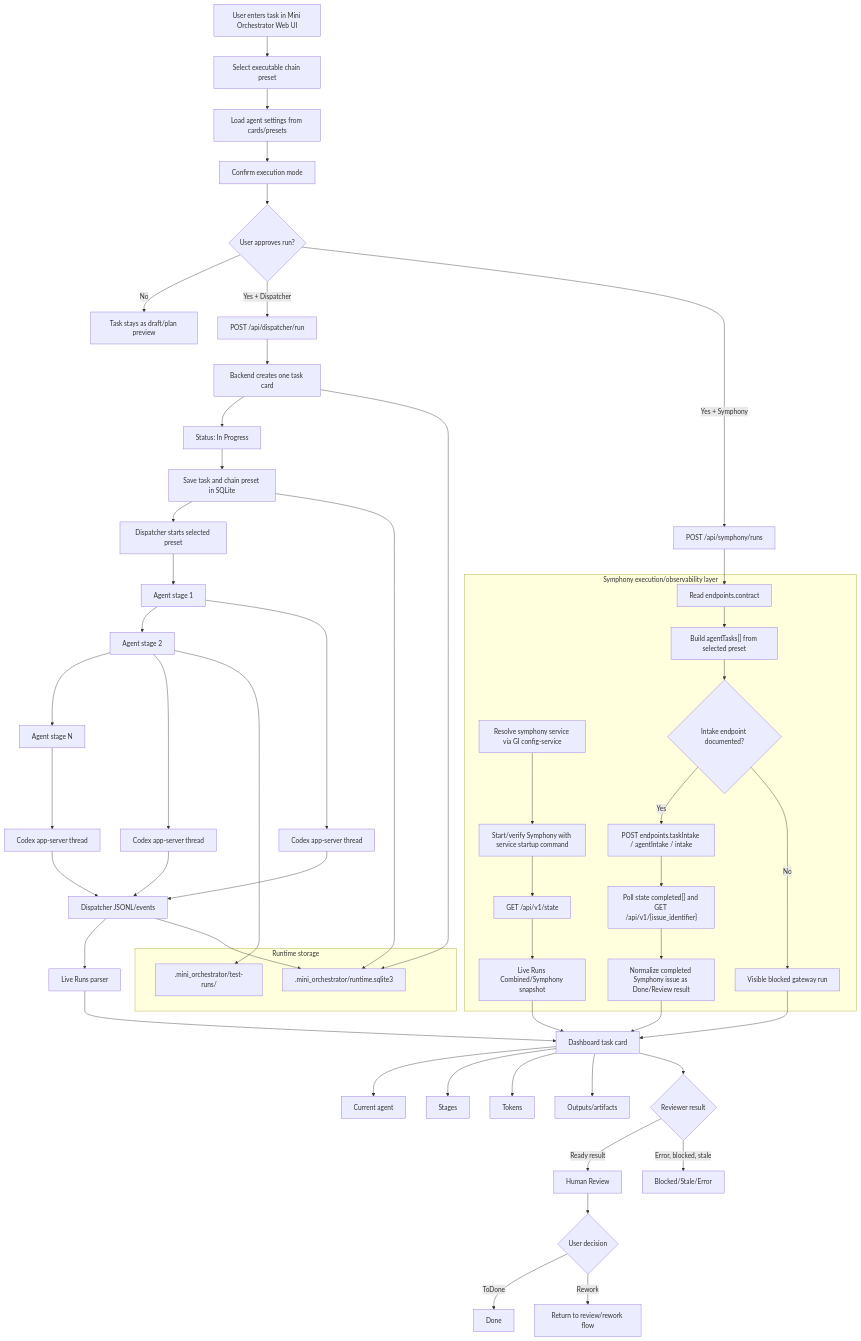
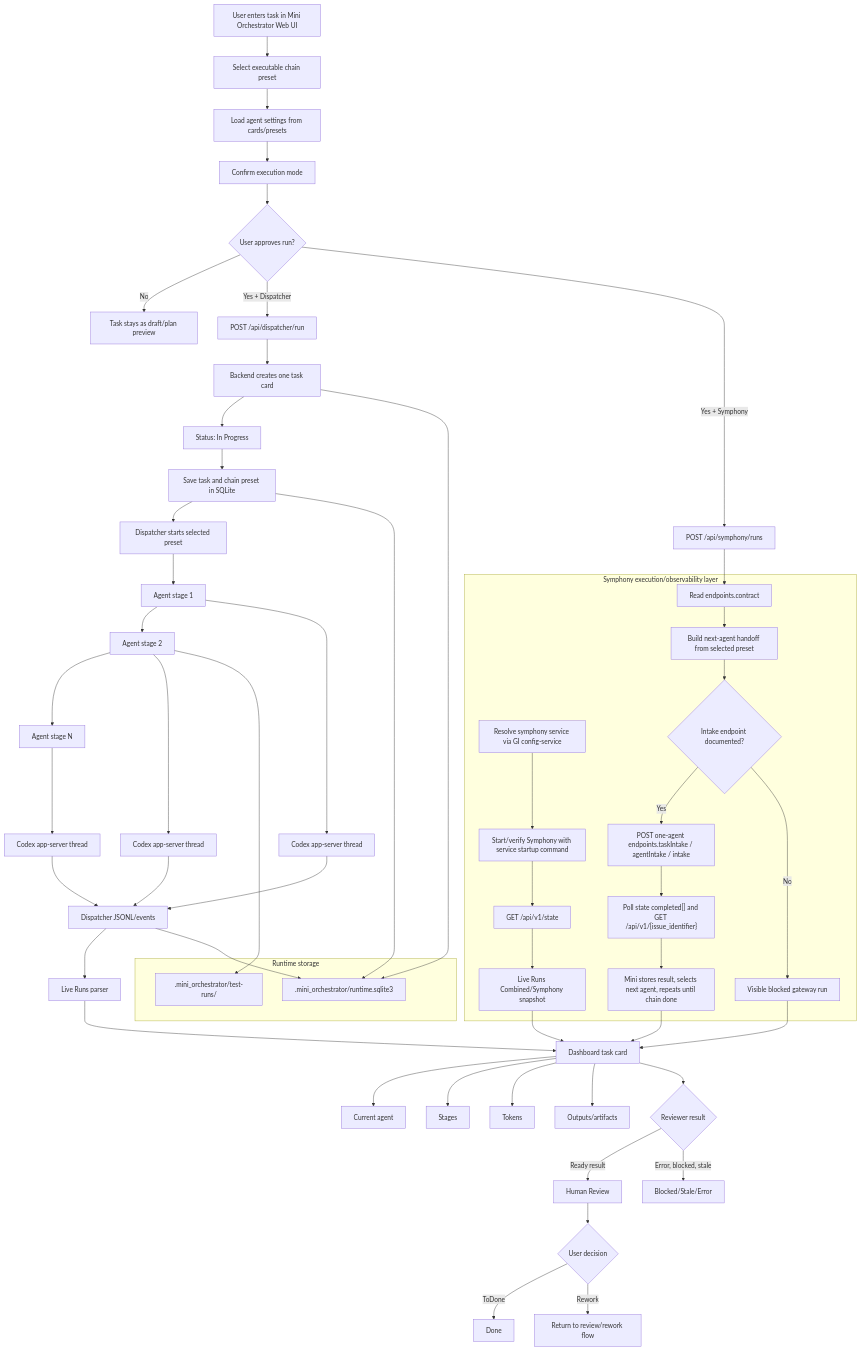
The diagram in tools/project-memory/task-processing-flow.md (Dimosfil/mini-orchestrator), drawn with Mermaid before and after one commit. The commit also changed other lines of this file and 9 other files, not shown here.

First line of the commit message:
Add Mini-owned Symphony chain execution

````diff
--- a/tools/project-memory/task-processing-flow.md
+++ b/tools/project-memory/task-processing-flow.md
@@ -12,73 +12,73 @@
 ```mermaid
 flowchart TD
     A["User enters task in Mini Orchestrator Web UI"] --> B["Select executable chain preset"]
     B --> C["Load agent settings from cards/presets"]
     C --> X["Confirm execution mode"]
     X --> D{"User approves run?"}
 
     D -- "No" --> E["Task stays as draft/plan preview"]
     D -- "Yes + Dispatcher" --> F["POST /api/dispatcher/run"]
     D -- "Yes + Symphony" --> SF["POST /api/symphony/runs"]
 
     F --> G["Backend creates one task card"]
     G --> H["Status: In Progress"]
     H --> I["Save task and chain preset in SQLite"]
 
     I --> J["Dispatcher starts selected preset"]
     J --> K["Agent stage 1"]
     K --> L["Agent stage 2"]
     L --> M["Agent stage N"]
 
     K --> K1["Codex app-server thread"]
     L --> L1["Codex app-server thread"]
     M --> M1["Codex app-server thread"]
 
     K1 --> N["Dispatcher JSONL/events"]
     L1 --> N
     M1 --> N
 
     N --> O["Live Runs parser"]
     O --> P["Dashboard task card"]
     P --> P1["Current agent"]
     P --> P2["Stages"]
     P --> P3["Tokens"]
     P --> P4["Outputs/artifacts"]
 
     P --> Q{"Reviewer result"}
     Q -- "Ready result" --> R["Human Review"]
     Q -- "Error, blocked, stale" --> S["Blocked/Stale/Error"]
 
     R --> T{"User decision"}
     T -- "ToDone" --> U["Done"]
     T -- "Rework" --> V["Return to review/rework flow"]
 
     subgraph RuntimeStorage["Runtime storage"]
         DB[".mini_orchestrator/runtime.sqlite3"]
         FS[".mini_orchestrator/test-runs/"]
     end
 
     I --> DB
     G --> DB
     N --> DB
     L --> FS
 
     subgraph SymphonyLayer["Symphony execution/observability layer"]
         SY0["Resolve symphony service via GI config-service"]
         SY1["Start/verify Symphony with service startup command"]
         SY2["GET /api/v1/state"]
         SY3["Live Runs Combined/Symphony snapshot"]
         SY4["Read endpoints.contract"]
-        SY5["Build agentTasks[] from selected preset"]
-        SY6{"Intake endpoint documented?"}
-        SY7["POST endpoints.taskIntake / agentIntake / intake"]
-        SY8["Visible blocked gateway run"]
-        SY9["Poll state completed[] and GET /api/v1/{issue_identifier}"]
-        SY10["Normalize completed Symphony issue as Done/Review result"]
+    SY5["Build next-agent handoff from selected preset"]
+    SY6{"Intake endpoint documented?"}
+    SY7["POST one-agent endpoints.taskIntake / agentIntake / intake"]
+    SY8["Visible blocked gateway run"]
+    SY9["Poll state completed[] and GET /api/v1/{issue_identifier}"]
+    SY10["Mini stores result, selects next agent, repeats until chain done"]
     end
 
     SY0 --> SY1 --> SY2 --> SY3
     SY3 --> P
     SF --> SY4 --> SY5 --> SY6
     SY6 -- "Yes" --> SY7 --> SY9 --> SY10 --> P
     SY6 -- "No" --> SY8 --> P
 ```
````
